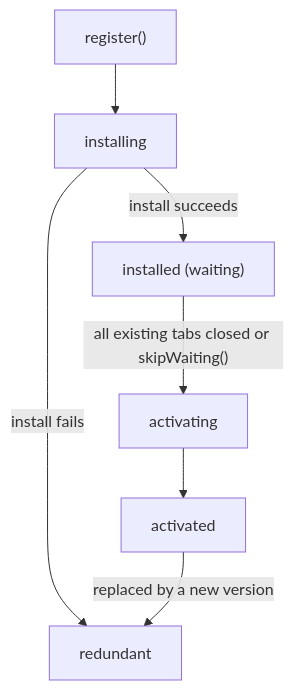
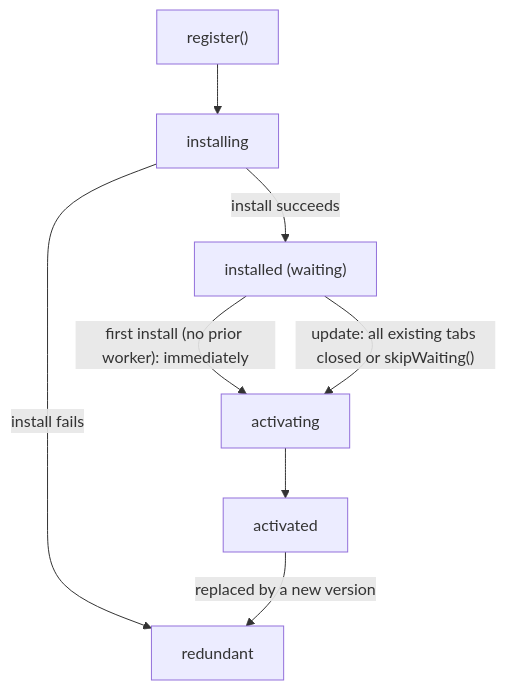
Before and after one commit to yceffort/blog: the diagram in apps/blog/posts/2026/08/service-worker-caching-1.en.md, drawn with Mermaid. The commit also changed other lines of this file and 1 other file, not shown here.

Commit message:
📝 Fix technical inaccuracies in service worker post 1

````diff
--- a/apps/blog/posts/2026/08/service-worker-caching-1.en.md
+++ b/apps/blog/posts/2026/08/service-worker-caching-1.en.md
@@ -149,9 +149,10 @@
 ```mermaid
 flowchart TD
     R["register()"] --> I[installing]
     I -->|install fails| X[redundant]
     I -->|install succeeds| W["installed (waiting)"]
-    W -->|"all existing tabs closed or skipWaiting()"| A[activating]
+    W -->|"first install (no prior worker): immediately"| A[activating]
+    W -->|"update: all existing tabs closed or skipWaiting()"| A
     A --> AC[activated]
     AC -->|replaced by a new version| X
 ```
````
